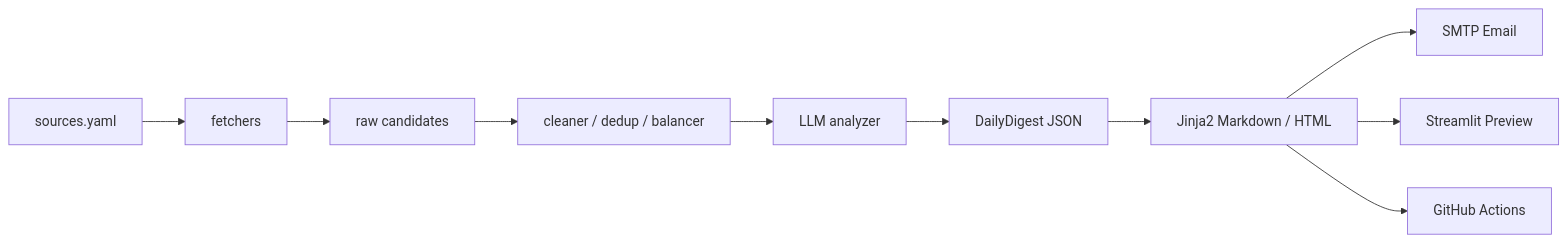
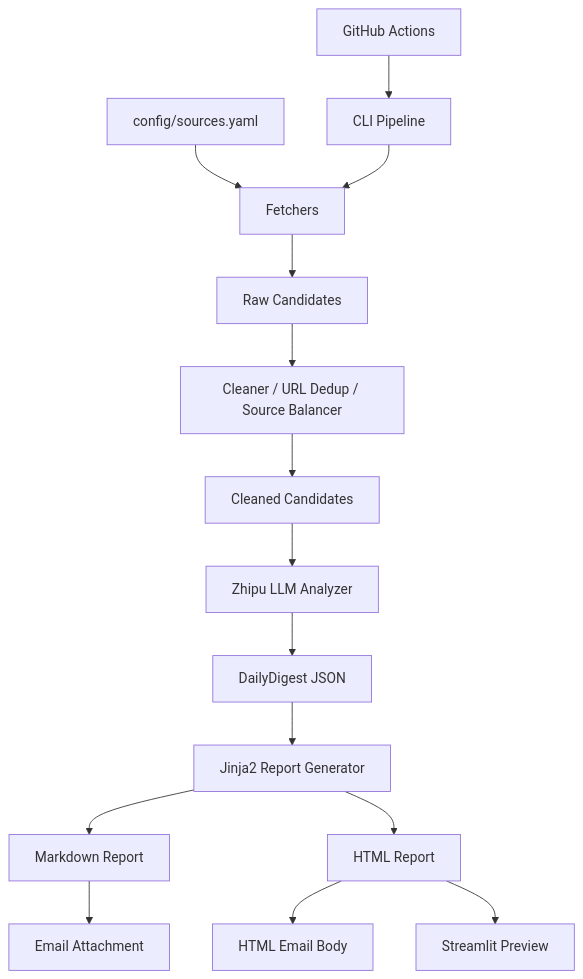
One commit to AAA354544/ai-news-digest-agent changed the diagram in README.md. Above: the diagram before and after it, drawn with Mermaid. The commit also changed other lines of this file and 11 other files, not shown here.

````diff
--- a/README.md
+++ b/README.md
@@ -21,12 +22,17 @@
 ```mermaid
-flowchart LR
-    A[sources.yaml] --> B[fetchers]
-    B --> C[raw candidates]
-    C --> D[cleaner / dedup / balancer]
-    D --> E[LLM analyzer]
-    E --> F[DailyDigest JSON]
-    F --> G[Jinja2 Markdown / HTML]
-    G --> H[SMTP Email]
-    G --> I[Streamlit Preview]
-    G --> J[GitHub Actions]
+flowchart TD
+    A[config/sources.yaml] --> B[Fetchers]
+    B --> C[Raw Candidates]
+    C --> D[Cleaner / URL Dedup / Source Balancer]
+    D --> E[Cleaned Candidates]
+    E --> F[Zhipu LLM Analyzer]
+    F --> G[DailyDigest JSON]
+    G --> H[Jinja2 Report Generator]
+    H --> I[Markdown Report]
+    H --> J[HTML Report]
+    I --> K[Email Attachment]
+    J --> L[HTML Email Body]
+    J --> M[Streamlit Preview]
+    N[CLI Pipeline] --> B
+    O[GitHub Actions] --> N
 ```
````
